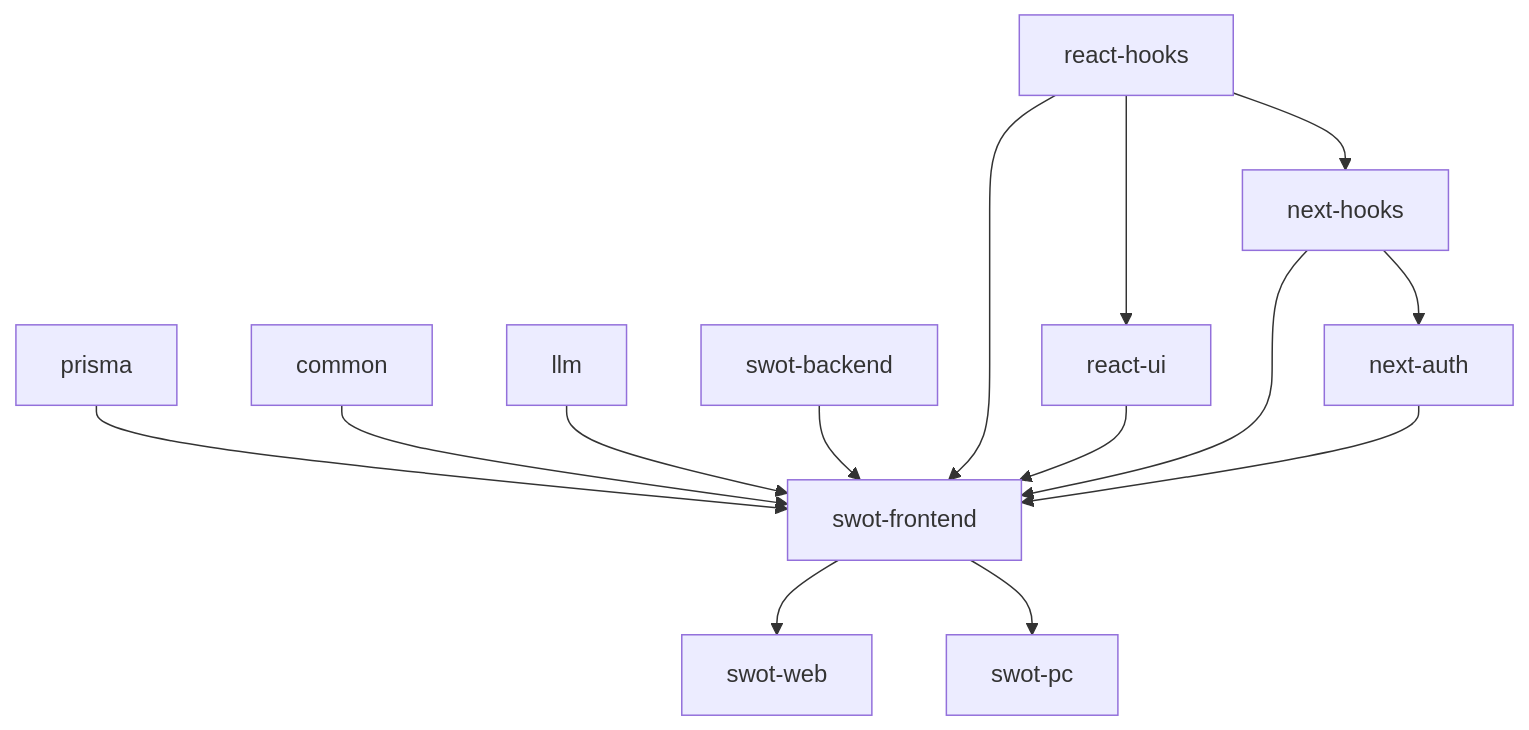
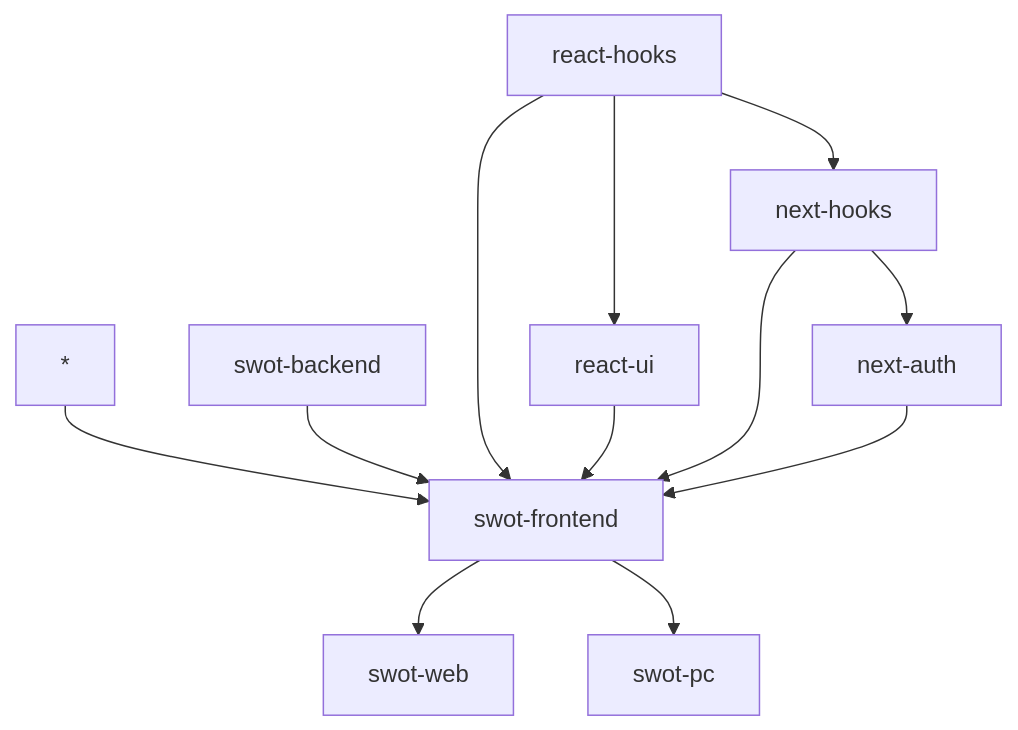
One commit to cs-magic/codebase-ts changed the fourth of 4 diagrams in README.md. Above: the diagram before and after it, drawn with Mermaid. The commit also changed other lines of this file, not shown here.

Commit message:
added dependencies

````diff
--- a/README.md
+++ b/README.md
@@ -37,16 +35,14 @@
 ```mermaid
 graph TD;
-    prisma --> swot-frontend;
-    common --> swot-frontend;
-    llm --> swot-frontend;
+    * --> swot-frontend;
     swot-backend --> swot-frontend;
     react-hooks --> react-ui;
     react-hooks --> next-hooks;
     react-hooks --> swot-frontend;
     react-ui --> swot-frontend;
     next-hooks --> next-auth;
     next-hooks --> swot-frontend;
     next-auth --> swot-frontend;
     swot-frontend --> swot-web;
     swot-frontend --> swot-pc;
 ```
````
